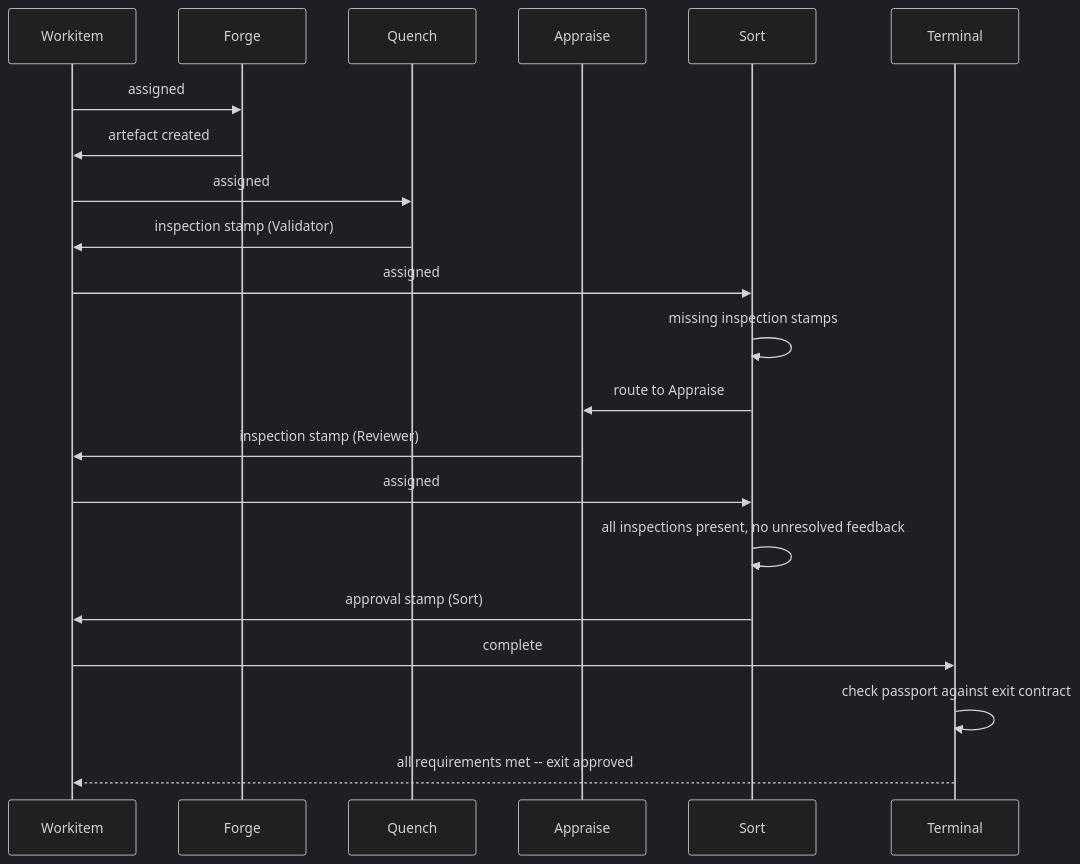
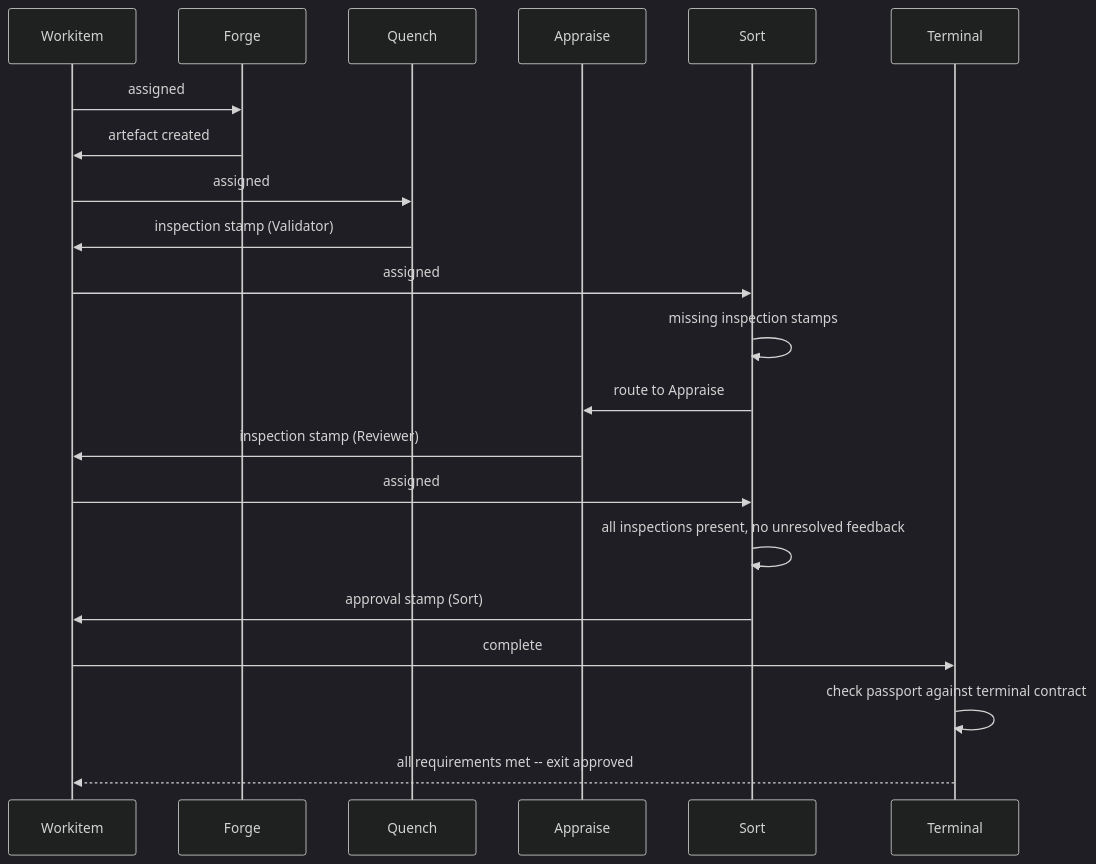
Before and after one commit to really-knows-ai/gideas: the third of 4 diagrams in 01-concepts/00-overview.md, drawn with Mermaid (dark theme). The commit also changed other lines of this file and 2 other files, not shown here.

Commit message:
Update governance terminology and structure in specifications to include Governance Flow as a first-class component

````diff
--- a/01-concepts/00-overview.md
+++ b/01-concepts/00-overview.md
@@ -162,24 +173,24 @@
 ```mermaid
 sequenceDiagram
     participant W as Workitem
     participant F as Forge
     participant Q as Quench
     participant A as Appraise
     participant S as Sort
     participant T as Terminal
 
     W->>F: assigned
     F->>W: artefact created
     W->>Q: assigned
     Q->>W: inspection stamp (Validator)
     W->>S: assigned
     S->>S: missing inspection stamps
     S->>A: route to Appraise
     A->>W: inspection stamp (Reviewer)
     W->>S: assigned
     S->>S: all inspections present, no unresolved feedback
     S->>W: approval stamp (Sort)
     W->>T: complete
-    T->>T: check passport against exit contract
+    T->>T: check passport against terminal contract
     T-->>W: all requirements met -- exit approved
 ```
````
